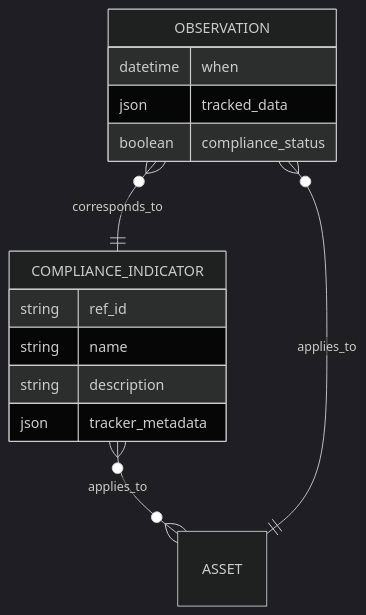
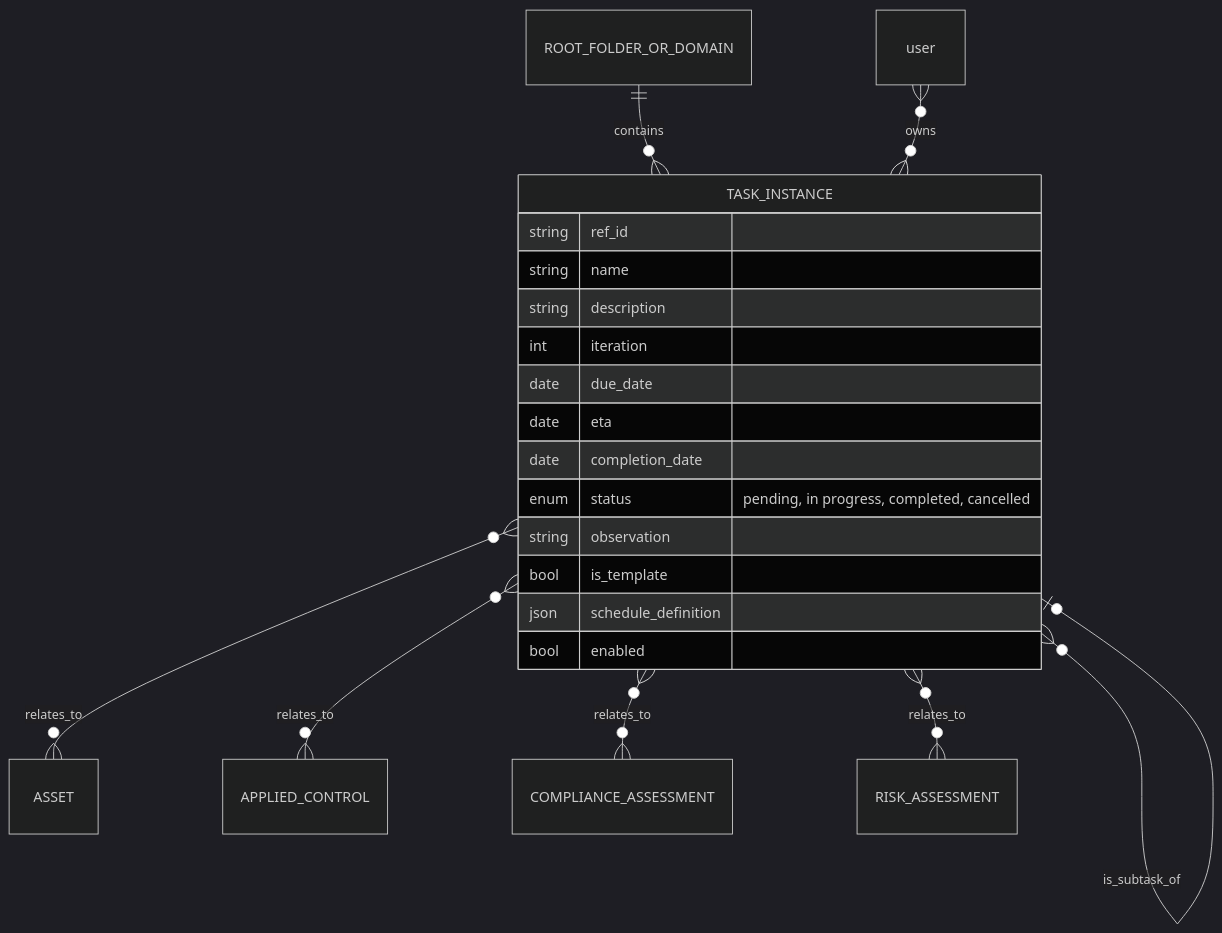
Before and after one commit to intuitem/ciso-assistant-community: diagram 13 of 13 in documentation/architecture/data-model.md, drawn with Mermaid (dark theme). The commit also changed other lines of this file, not shown here.

First line of the commit message:
Update data-model.md

````diff
--- a/documentation/architecture/data-model.md
+++ b/documentation/architecture/data-model.md
@@ -1570,20 +1570,29 @@
 ```mermaid
 erDiagram
 
-    COMPLIANCE_INDICATOR          }o--o{ ASSET                : applies_to
-    OBSERVATION                   }o--|| ASSET                : applies_to
-    OBSERVATION                   }o--|| COMPLIANCE_INDICATOR : corresponds_to
- 
-    COMPLIANCE_INDICATOR {
-        string ref_id
-        string name
-        string description
-        json   tracker_metadata
-    }
+ROOT_FOLDER_OR_DOMAIN ||--o{ TASK_INSTANCE : contains
+TASK_INSTANCE |o--o{ TASK_INSTANCE         : generates
+user          }o--o{ TASK_INSTANCE         : owns
+TASK_INSTANCE }o--o| TASK_INSTANCE         : is_subtask_of
+TASK_INSTANCE }o--o{ ASSET                 : relates_to
+TASK_INSTANCE }o--o{ APPLIED_CONTROL       : relates_to
+TASK_INSTANCE }o--o{ COMPLIANCE_ASSESSMENT : relates_to
+TASK_INSTANCE }o--o{ RISK_ASSESSMENT       : relates_to
 
-    OBSERVATION {
-        datetime when
-        json     tracked_data
-        boolean  compliance_status
-    }
+TASK_INSTANCE {
+    string ref_id
+    string name
+    string description
+    int    iteration
+    date   due_date
+
+    date   eta
+    date   completion_date
+    enum   status "pending, in progress, completed, cancelled"
+    string observation
+
+    bool   is_template
+    json   schedule_definition
+    bool   enabled
+}
 ```
````
